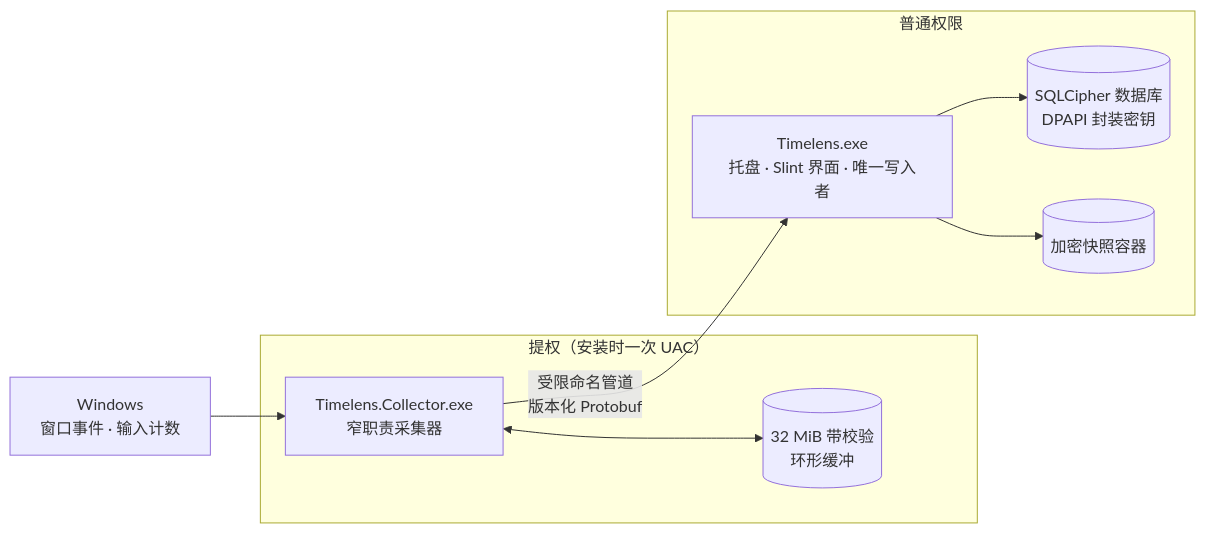
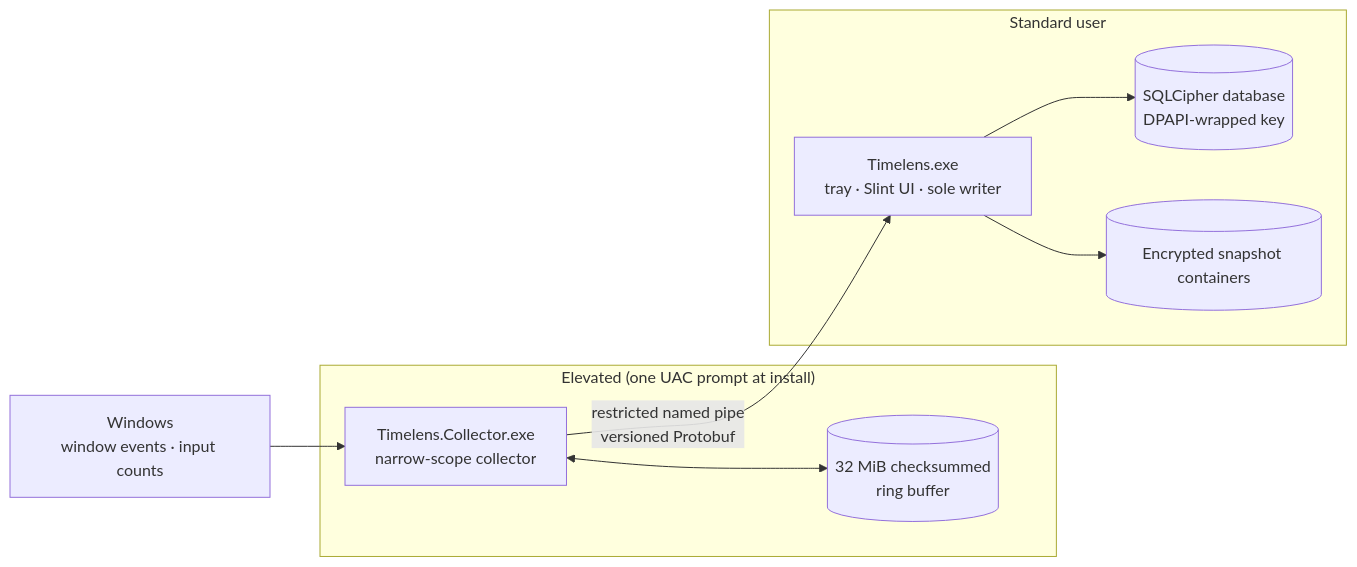
Before and after one commit to ReasonW6/Timelens: the diagram in README.md, drawn with Mermaid. The commit also changed other lines of this file and 2 other files, not shown here.

````diff
--- a/README.md
+++ b/README.md
@@ -99,17 +105,17 @@
 ```mermaid
 flowchart LR
-    subgraph elevated["提权（安装时一次 UAC）"]
-        C["Timelens.Collector.exe<br/>窄职责采集器"]
-        Q[("32 MiB 带校验<br/>环形缓冲")]
+    subgraph elevated["Elevated (one UAC prompt at install)"]
+        C["Timelens.Collector.exe<br/>narrow-scope collector"]
+        Q[("32 MiB checksummed<br/>ring buffer")]
     end
-    subgraph normal["普通权限"]
-        A["Timelens.exe<br/>托盘 · Slint 界面 · 唯一写入者"]
-        D[("SQLCipher 数据库<br/>DPAPI 封装密钥")]
-        S[("加密快照容器")]
+    subgraph normal["Standard user"]
+        A["Timelens.exe<br/>tray · Slint UI · sole writer"]
+        D[("SQLCipher database<br/>DPAPI-wrapped key")]
+        S[("Encrypted snapshot containers")]
     end
-    W["Windows<br/>窗口事件 · 输入计数"] --> C
+    W["Windows<br/>window events · input counts"] --> C
     C <--> Q
-    C -- "受限命名管道<br/>版本化 Protobuf" --> A
+    C -- "restricted named pipe<br/>versioned Protobuf" --> A
     A --> D
     A --> S
 ```
````
